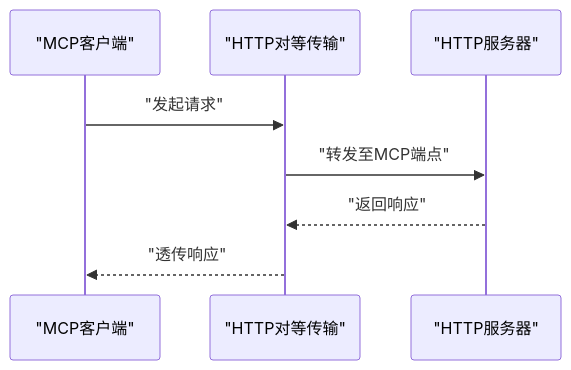
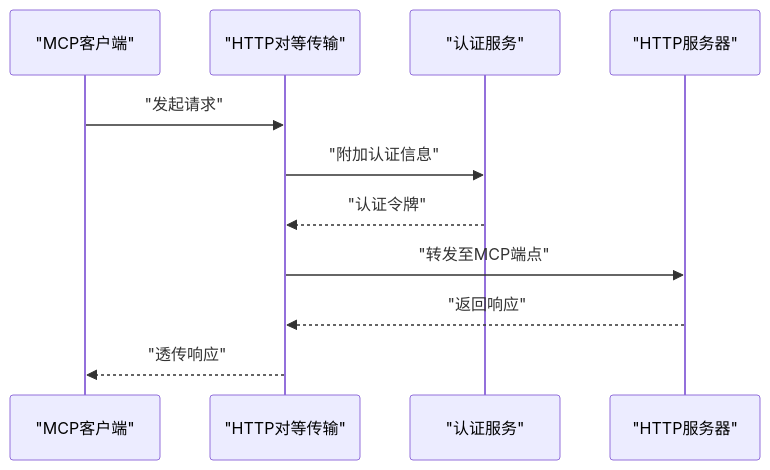
One commit to kkutysllb/KCoder changed the ninth of 11 diagrams in .qoder/repowiki/zh/content/适配器层/MCP工具适配器.md. Above: the diagram before and after it, drawn with Mermaid. The commit also changed other lines of this file and 11 other files, not shown here.

````diff
--- a/.qoder/repowiki/zh/content/适配器层/MCP工具适配器.md
+++ b/.qoder/repowiki/zh/content/适配器层/MCP工具适配器.md
@@ -284,10 +367,13 @@
 ```mermaid
 sequenceDiagram
 participant Client as "MCP客户端"
 participant Transport as "HTTP对等传输"
+participant Auth as "认证服务"
 participant Server as "HTTP服务器"
 Client->>Transport : "发起请求"
+Transport->>Auth : "附加认证信息"
+Auth-->>Transport : "认证令牌"
 Transport->>Server : "转发至MCP端点"
 Server-->>Transport : "返回响应"
 Transport-->>Client : "透传响应"
 ```
````
